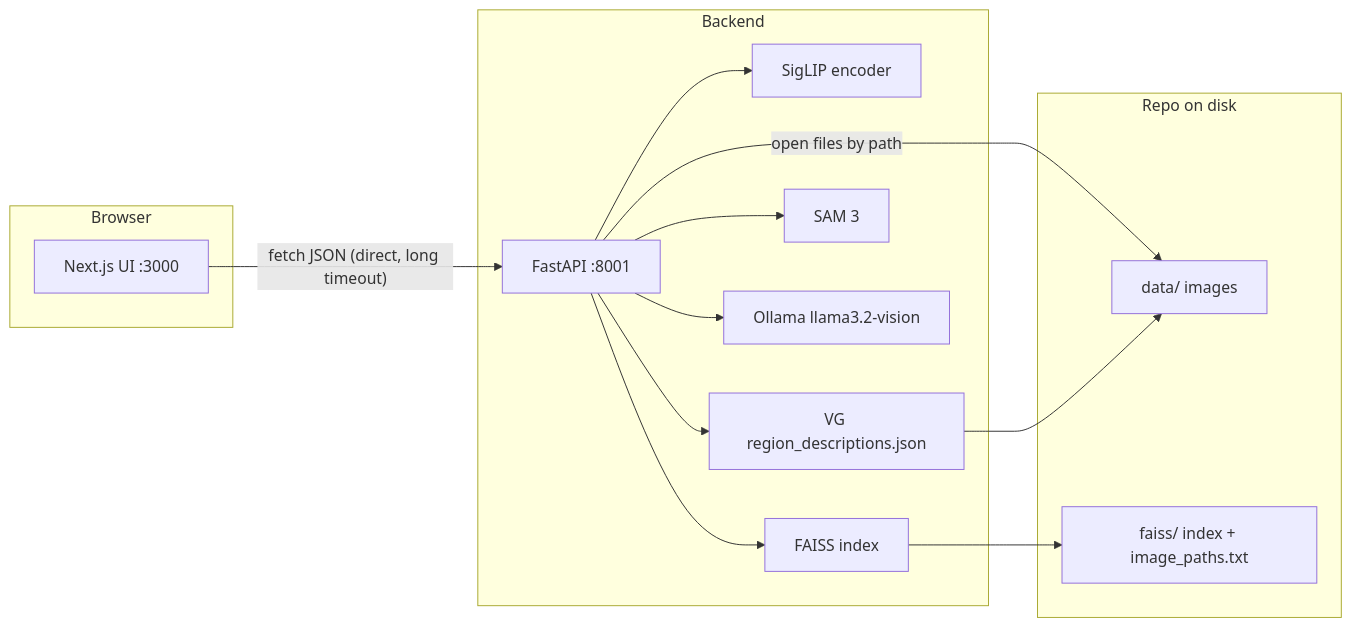
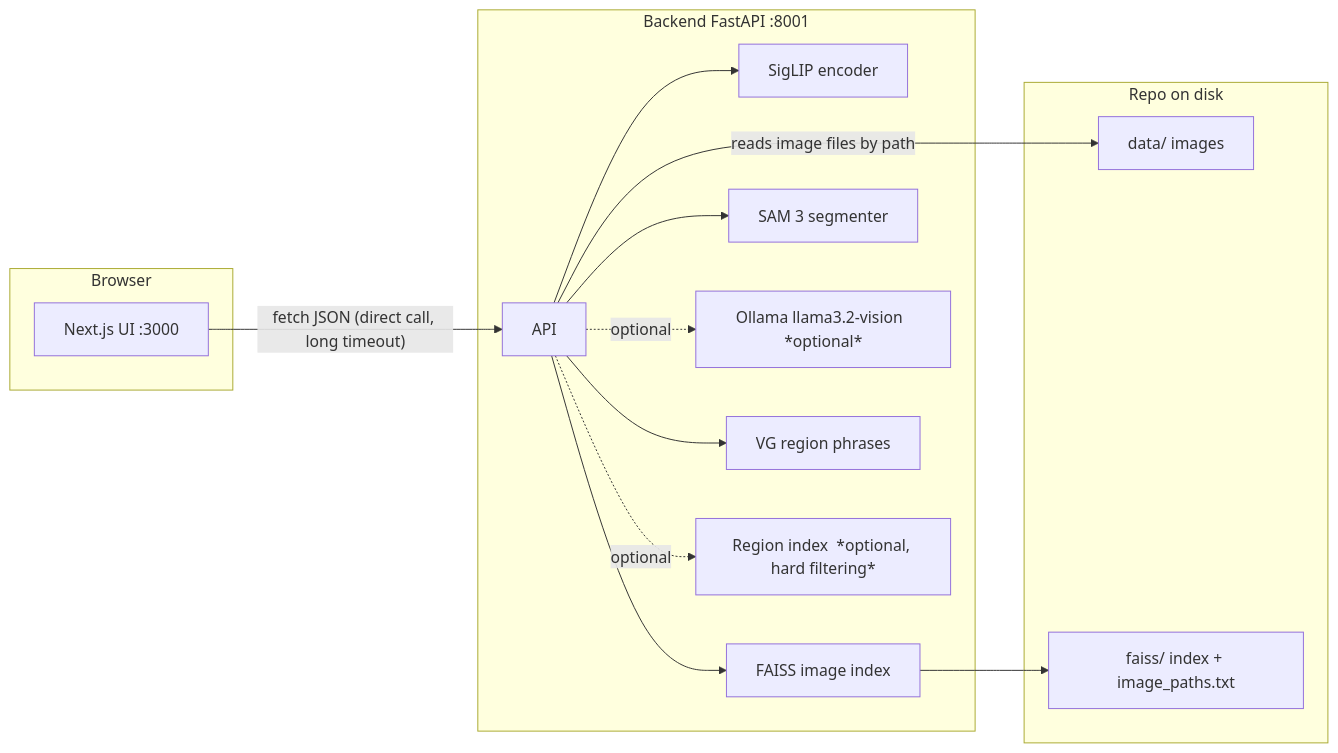
Before and after one commit to Rarees404/Thesis: the diagram in README.md, drawn with Mermaid. The commit also changed other lines of this file and 42 other files, not shown here.

Commit message:
VisualReF v2: SAM3 segmentation, async VLM captioning, hard filtering, study mode, docs

````diff
--- a/README.md
+++ b/README.md
@@ -31,28 +71,29 @@
 ```mermaid
 flowchart LR
   subgraph browser [Browser]
     UI[Next.js UI :3000]
   end
-  subgraph backend [Backend]
-    API[FastAPI :8001]
+  subgraph backend [Backend  FastAPI :8001]
+    API[API]
     SigLIP[SigLIP encoder]
-    FAISS[FAISS index]
-    SAM[SAM 3]
-    Ollama[Ollama llama3.2-vision]
-    VGJSON[VG region_descriptions.json]
+    FAISS[FAISS image index]
+    SAM[SAM 3 segmenter]
+    Ollama[Ollama llama3.2-vision  *optional*]
+    VGJSON[VG region phrases]
+    RIDX[Region index  *optional, hard filtering*]
   end
   subgraph disk [Repo on disk]
     DATA[data/ images]
     IDX[faiss/ index + image_paths.txt]
   end
 
-  UI -->|"fetch JSON (direct, long timeout)"| API
+  UI -->|"fetch JSON (direct call, long timeout)"| API
   API --> SigLIP
   API --> FAISS
   API --> SAM
-  API --> Ollama
+  API -. optional .-> Ollama
   API --> VGJSON
+  API -. optional .-> RIDX
   FAISS --> IDX
-  API -->|"open files by path"| DATA
-  VGJSON --> DATA
+  API -->|"reads image files by path"| DATA
 ```
````
